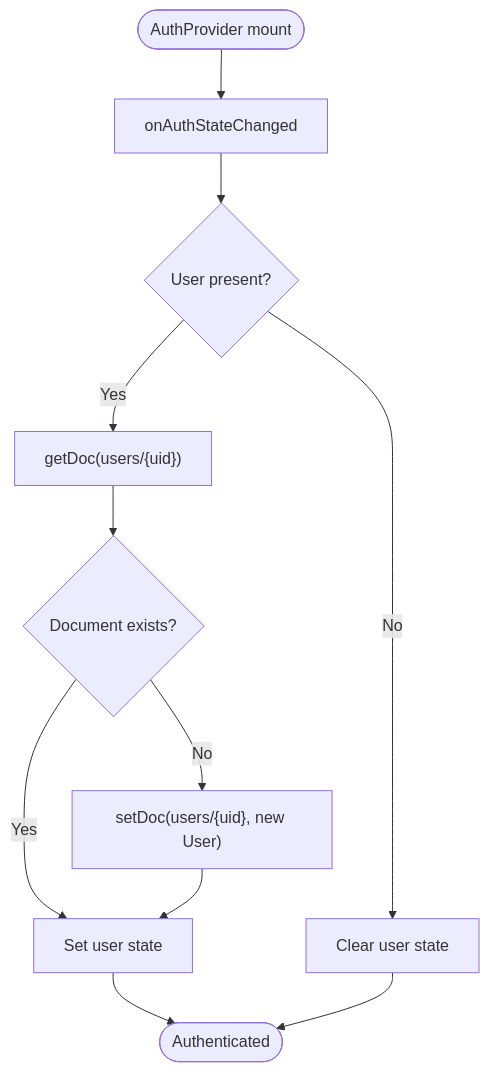
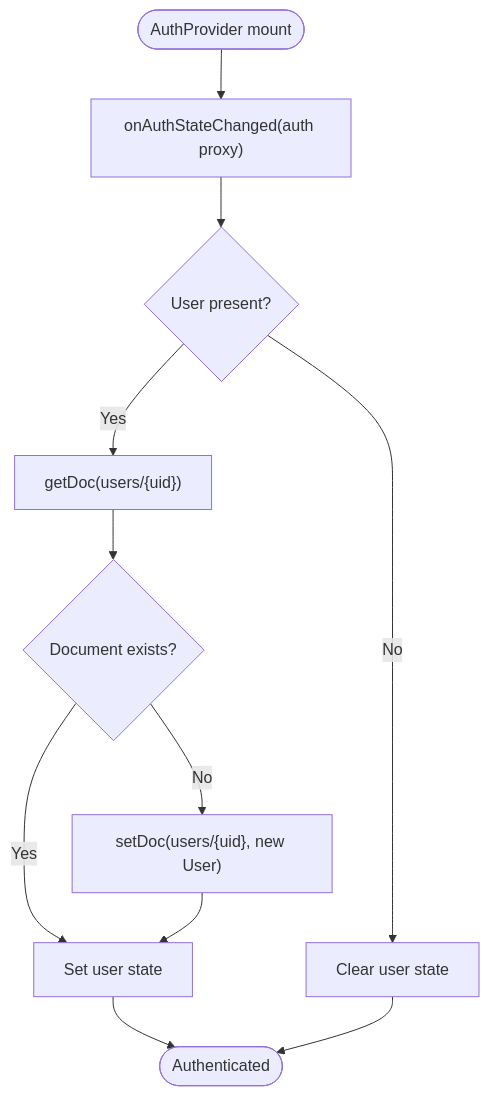
The fifth of 10 diagrams in .qoder/repowiki/en/content/Authentication System/Firebase Integration.md (alikizang/datafrica), drawn with Mermaid before and after one commit. The commit also changed other lines of this file and 23 other files, not shown here.

````diff
--- a/.qoder/repowiki/en/content/Authentication System/Firebase Integration.md
+++ b/.qoder/repowiki/en/content/Authentication System/Firebase Integration.md
@@ -175,13 +221,13 @@
 ```mermaid
 flowchart TD
-Mount(["AuthProvider mount"]) --> Subscribe["onAuthStateChanged"]
+Mount(["AuthProvider mount"]) --> Subscribe["onAuthStateChanged(auth proxy)"]
 Subscribe --> UserNull{"User present?"}
 UserNull --> |Yes| LoadDoc["getDoc(users/{uid})"]
 LoadDoc --> Exists{"Document exists?"}
 Exists --> |Yes| SetUser["Set user state"]
 Exists --> |No| CreateDoc["setDoc(users/{uid}, new User)"]
 CreateDoc --> SetUser
 UserNull --> |No| Clear["Clear user state"]
 SetUser --> Done(["Authenticated"])
 Clear --> Done
 ```
````
